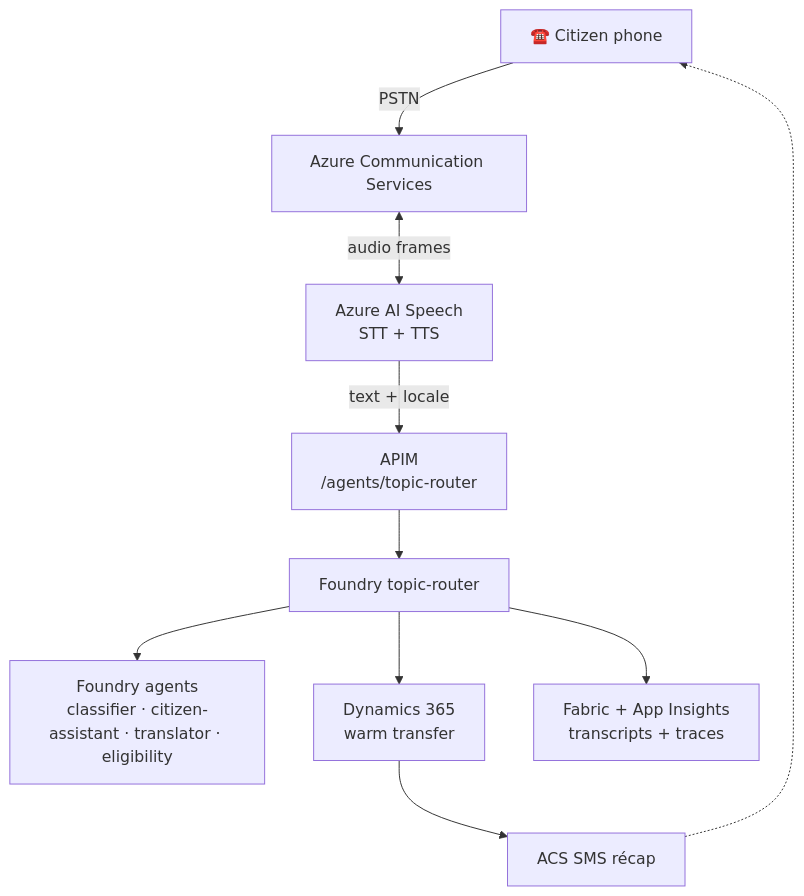
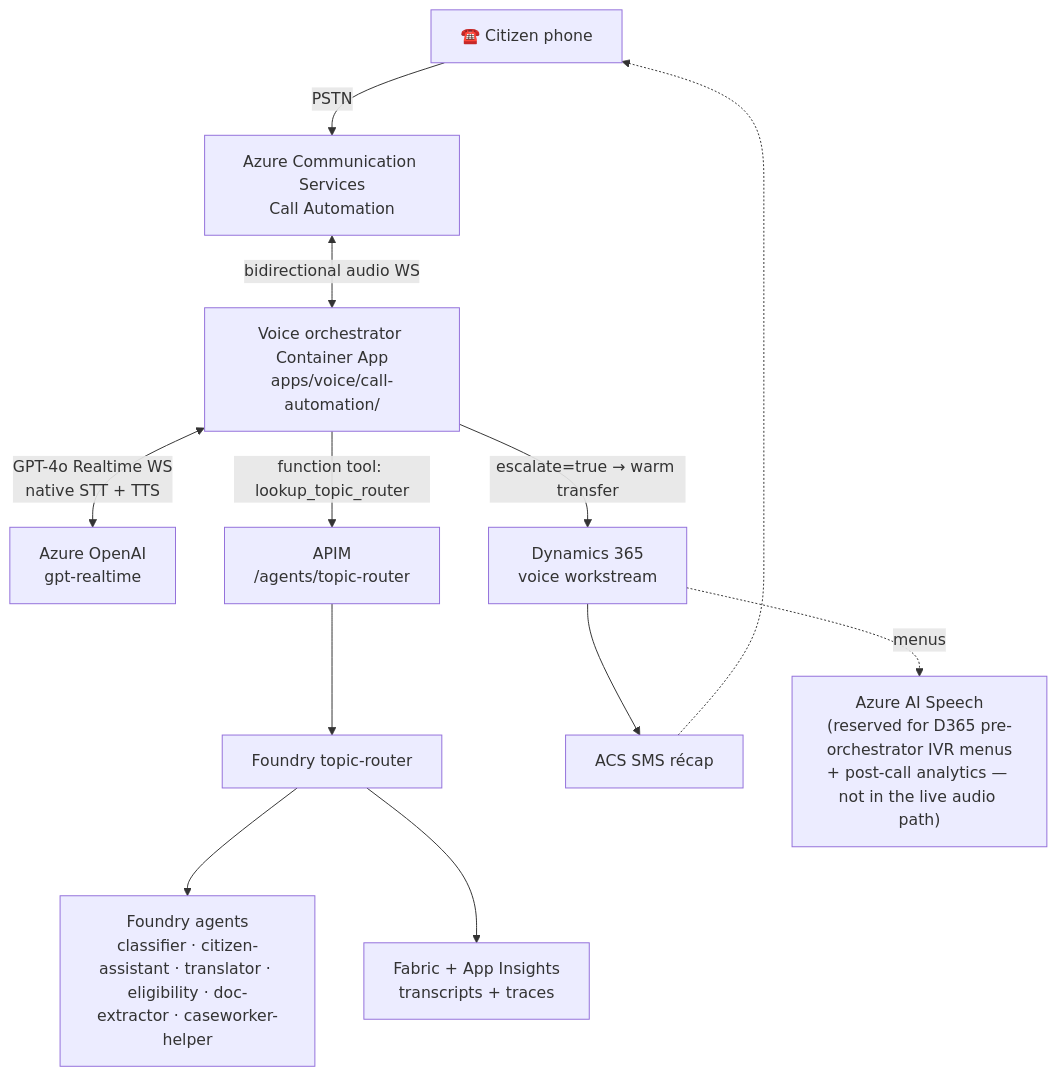
The first of 5 diagrams in docs/biz/voice.md (fredgis/UDCSP), drawn with Mermaid before and after one commit. The commit also changed other lines of this file and 3 other files, not shown here.

First line of the commit message:
fix(audit): correct sprint-1 OpenAPI refs + voice mermaid + ai TL;DR

````diff
--- a/docs/biz/voice.md
+++ b/docs/biz/voice.md
@@ -72,12 +72,15 @@
 ```mermaid
 flowchart TB
-    PHONE["☎️ Citizen phone"] -->|PSTN| ACS["Azure Communication Services"]
-    ACS <-->|audio frames| SPEECH["Azure AI Speech<br/>STT + TTS"]
-    SPEECH -->|text + locale| APIM["APIM<br/>/agents/topic-router"]
+    PHONE["☎️ Citizen phone"] -->|PSTN| ACS["Azure Communication Services<br/>Call Automation"]
+    ACS <-->|bidirectional audio WS| ORCH["Voice orchestrator Container App<br/>apps/voice/call-automation/"]
+    ORCH <-->|GPT-4o Realtime WS<br/>native STT + TTS| GPTRT["Azure OpenAI<br/>gpt-realtime"]
+    ORCH -->|function tool: lookup_topic_router| APIM["APIM<br/>/agents/topic-router"]
     APIM --> ROUTER["Foundry topic-router"]
-    ROUTER --> FOUNDRY["Foundry agents<br/>classifier · citizen-assistant · translator · eligibility"]
-    ROUTER --> D365["Dynamics 365<br/>warm transfer"]
+    ROUTER --> FOUNDRY["Foundry agents<br/>classifier · citizen-assistant · translator · eligibility · doc-extractor · caseworker-helper"]
+    ORCH -->|escalate=true → warm transfer| D365["Dynamics 365<br/>voice workstream"]
     ROUTER --> FABRIC["Fabric + App Insights<br/>transcripts + traces"]
     D365 --> ACSOUT["ACS SMS récap"]
     ACSOUT -.-> PHONE
+    SPEECH["Azure AI Speech<br/>(reserved for D365 pre-orchestrator IVR menus<br/>+ post-call analytics — not in the live audio path)"]
+    D365 -. menus .-> SPEECH
 ```
````
